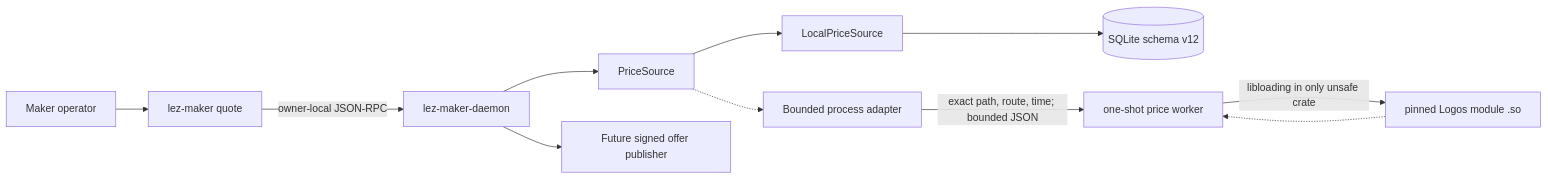
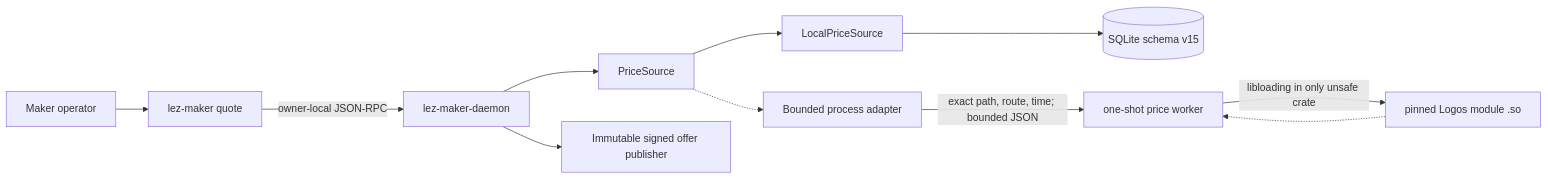
One commit to gateway-fm/lez-atomic-swaps changed the first of 3 diagrams in docs/architecture/0081-pluggable-maker-price-source.md. Above: the diagram before and after it, drawn with Mermaid. The commit also changed other lines of this file and 14 other files, not shown here.

````diff
--- a/docs/architecture/0081-pluggable-maker-price-source.md
+++ b/docs/architecture/0081-pluggable-maker-price-source.md
@@ -18,13 +18,13 @@
 ```mermaid
 flowchart LR
     Operator["Maker operator"] --> CLI["lez-maker quote"]
     CLI -->|"owner-local JSON-RPC"| Daemon["lez-maker-daemon"]
     Daemon --> Port["PriceSource"]
     Port --> Local["LocalPriceSource"]
-    Local --> DB[("SQLite schema v12")]
+    Local --> DB[("SQLite schema v15")]
     Port -.-> Parent["Bounded process adapter"]
     Parent -->|"exact path, route, time; bounded JSON"| Worker["one-shot price worker"]
     Worker -->|"libloading in only unsafe crate"| Module["pinned Logos module .so"]
     Module -.-> Worker
-    Daemon --> Offer["Future signed offer publisher"]
+    Daemon --> Offer["Immutable signed offer publisher"]
 ```
````
